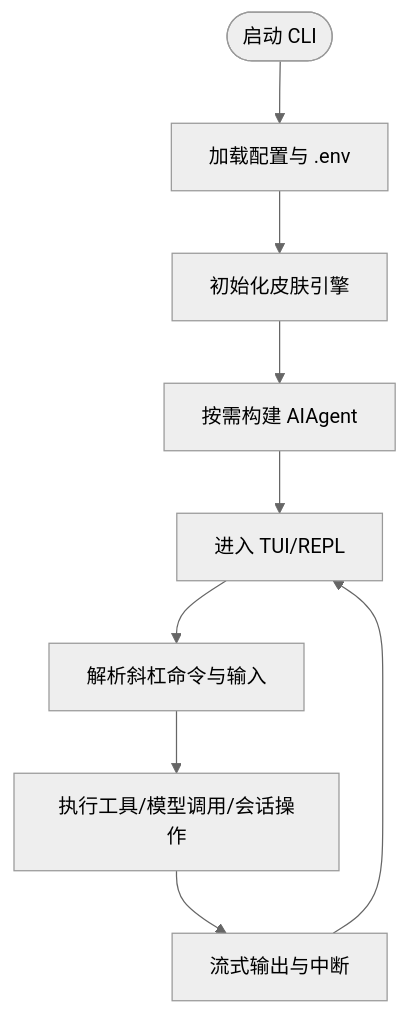
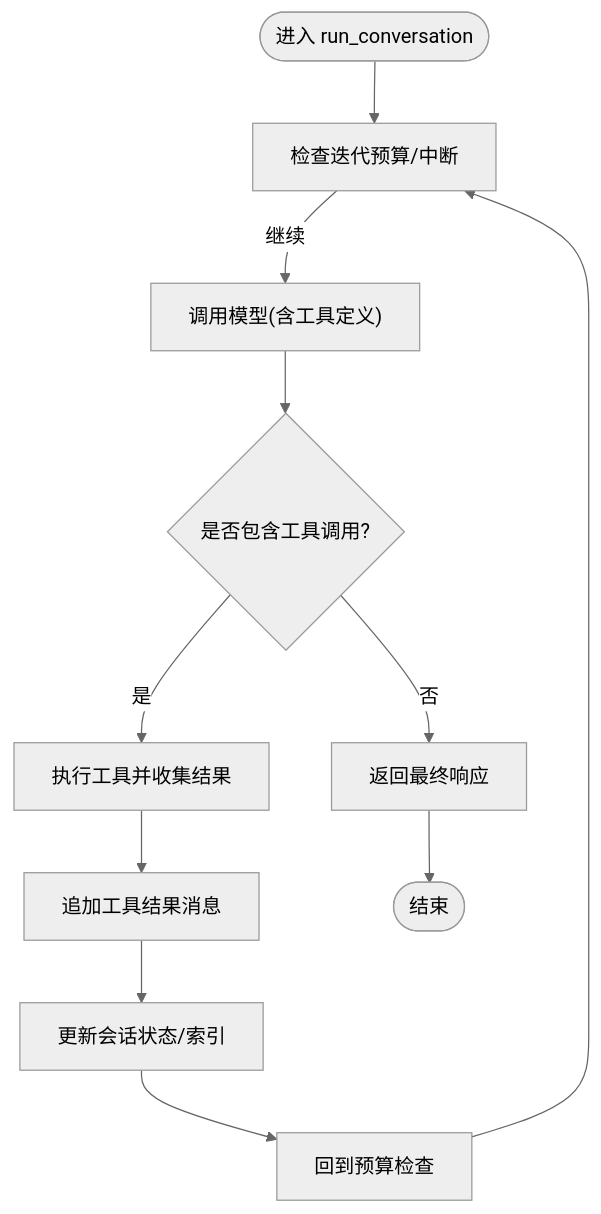
One commit to haolange/hermes-agent changed the third of 7 diagrams in .qoder/repowiki/zh/content/项目概述/项目概述.md. Above: the diagram before and after it, drawn with Mermaid (neutral theme). The commit also changed other lines of this file and 1206 other files, not shown here.

````diff
--- a/.qoder/repowiki/zh/content/项目概述/项目概述.md
+++ b/.qoder/repowiki/zh/content/项目概述/项目概述.md
@@ -149,11 +126,13 @@
 ```mermaid
 flowchart TD
-Start(["启动 CLI"]) --> LoadCfg["加载配置与 .env"]
-LoadCfg --> InitSkin["初始化皮肤引擎"]
-InitSkin --> BuildAgent["按需构建 AIAgent"]
-BuildAgent --> TUI["进入 TUI/REPL"]
-TUI --> Cmd["解析斜杠命令与输入"]
-Cmd --> Exec["执行工具/模型调用/会话操作"]
-Exec --> Stream["流式输出与中断"]
-Stream --> TUI
+Start(["进入 run_conversation"]) --> CheckBudget["检查迭代预算/中断"]
+CheckBudget --> |继续| CallModel["调用模型(含工具定义)"]
+CallModel --> HasTools{"是否包含工具调用?"}
+HasTools --> |是| ExecTools["执行工具并收集结果"]
+ExecTools --> AppendMsg["追加工具结果消息"]
+AppendMsg --> UpdateState["更新会话状态/索引"]
+UpdateState --> LoopBack["回到预算检查"]
+HasTools --> |否| ReturnResp["返回最终响应"]
+ReturnResp --> End(["结束"])
+LoopBack --> CheckBudget
 ```
````
